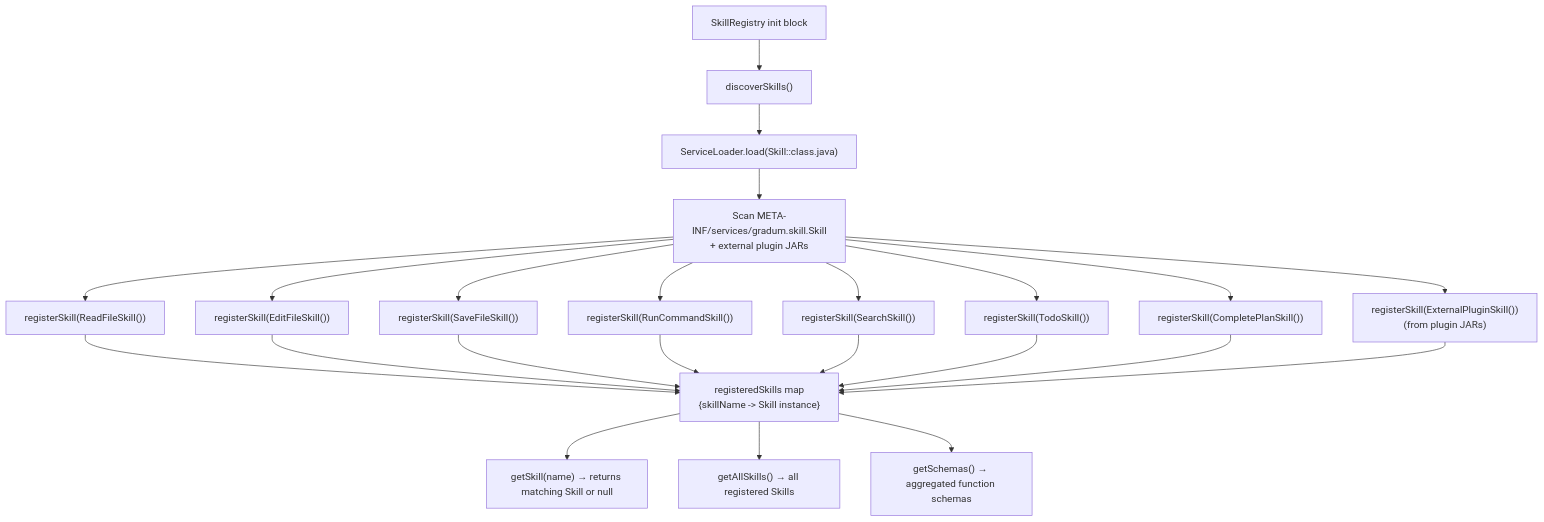
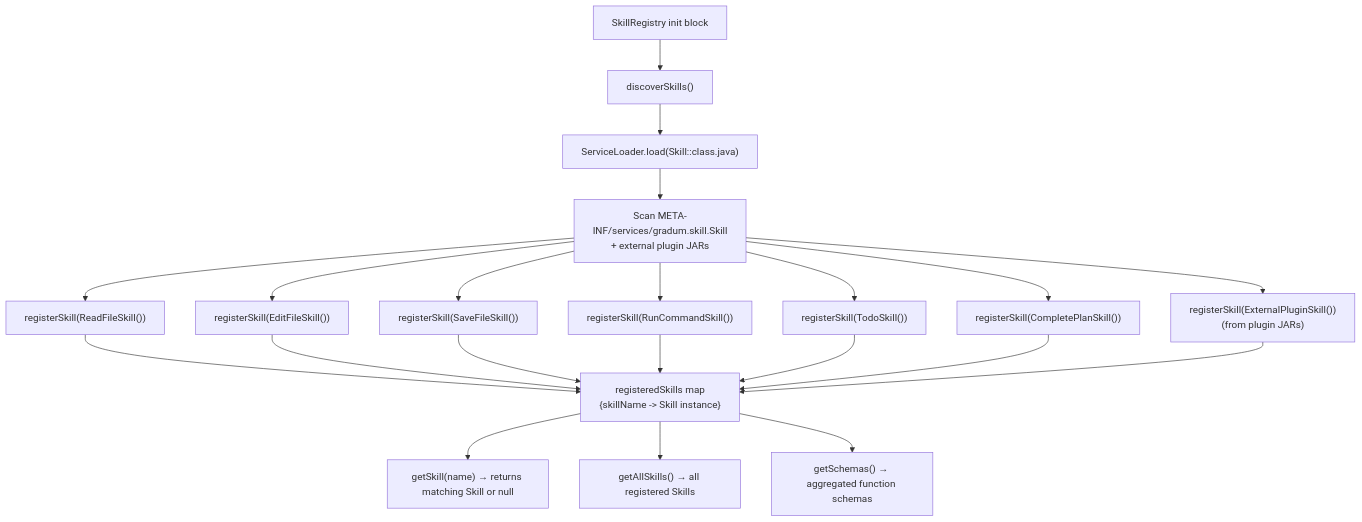
One commit to lg841226/Gradum changed diagram 20 of 27 in docs/ARCHITECTURE.md. Above: the diagram before and after it, drawn with Mermaid. The commit also changed other lines of this file and 8 other files, not shown here.

First line of the commit message:
refactor: remove SearchSkill, update tool call UI and docs

````diff
--- a/docs/ARCHITECTURE.md
+++ b/docs/ARCHITECTURE.md
@@ -1166,25 +1163,23 @@
 ```mermaid
 flowchart TB
     INIT["SkillRegistry init block"] --> DISCOVER["discoverSkills()"]
     DISCOVER --> LOADER["ServiceLoader.load(Skill::class.java)"]
     LOADER --> SCAN["Scan META-INF/services/gradum.skill.Skill<br/>+ external plugin JARs"]
     SCAN --> R1["registerSkill(ReadFileSkill())"]
     SCAN --> R2["registerSkill(EditFileSkill())"]
     SCAN --> R3["registerSkill(SaveFileSkill())"]
     SCAN --> R4["registerSkill(RunCommandSkill())"]
-    SCAN --> R5["registerSkill(SearchSkill())"]
-    SCAN --> R6["registerSkill(TodoSkill())"]
-    SCAN --> R7["registerSkill(CompletePlanSkill())"]
-    SCAN --> R8["registerSkill(ExternalPluginSkill())<br/>(from plugin JARs)"]
+    SCAN --> R5["registerSkill(TodoSkill())"]
+    SCAN --> R6["registerSkill(CompletePlanSkill())"]
+    SCAN --> R7["registerSkill(ExternalPluginSkill())<br/>(from plugin JARs)"]
     R1 --> REG["registeredSkills map<br/>{skillName -> Skill instance}"]
     R2 --> REG
     R3 --> REG
     R4 --> REG
     R5 --> REG
     R6 --> REG
     R7 --> REG
-    R8 --> REG
     REG --> LOOKUP["getSkill(name) → returns matching Skill or null"]
     REG --> ALL["getAllSkills() → all registered Skills"]
     REG --> SCH["getSchemas() → aggregated function schemas"]
 ```
````
